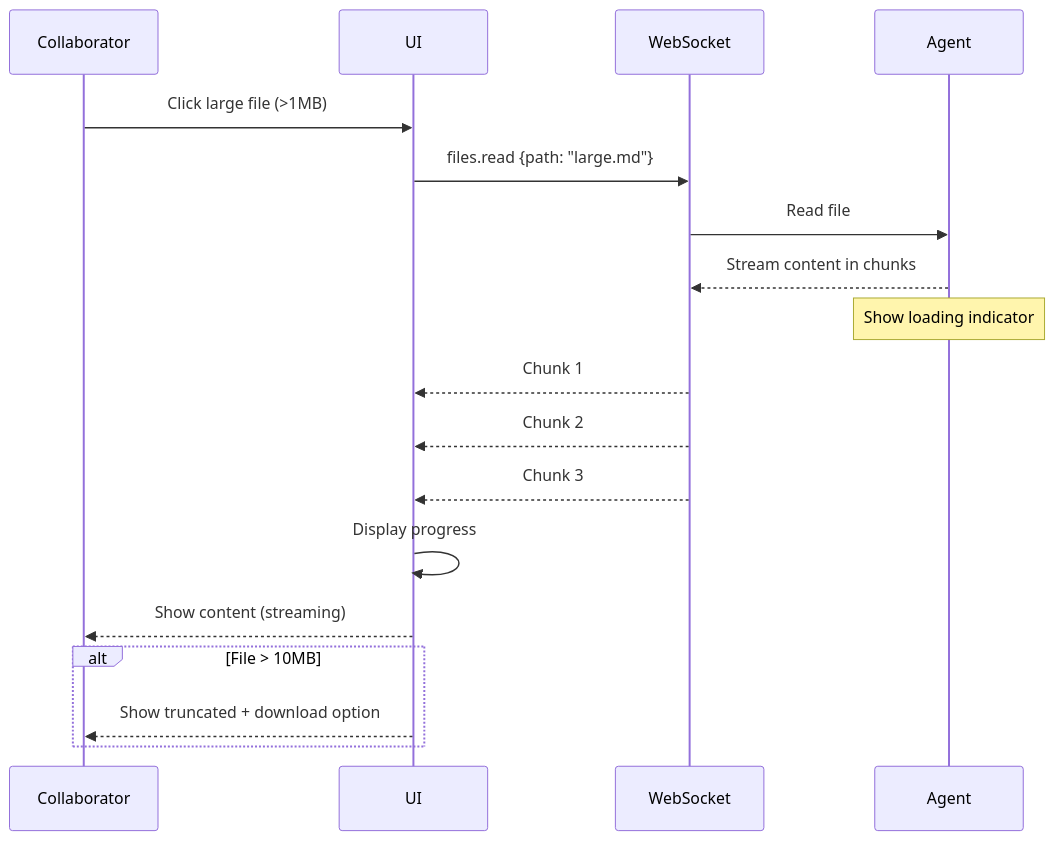
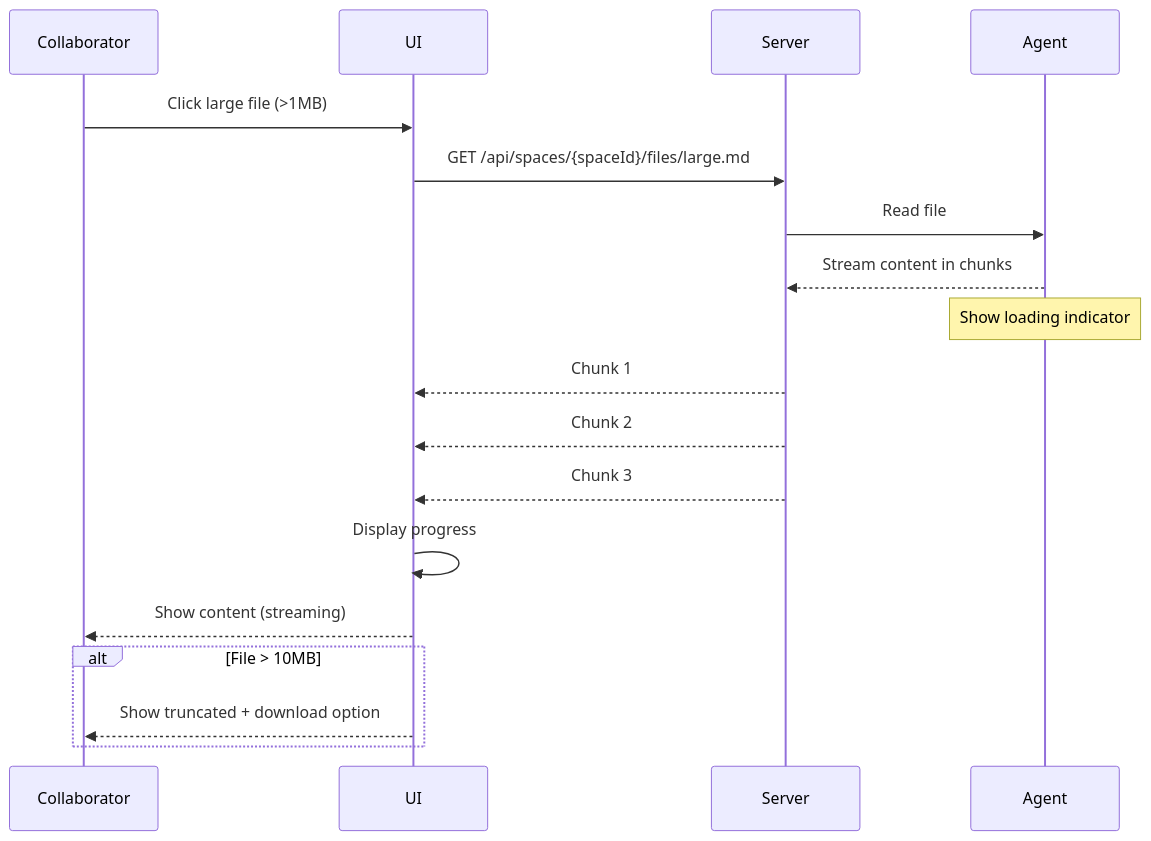
One commit to jchadwick/ai-spaces changed the fifth of 7 diagrams in docs/flows/04-browse-files.md. Above: the diagram before and after it, drawn with Mermaid. The commit also changed other lines of this file and 33 other files, not shown here.

````diff
--- a/docs/flows/04-browse-files.md
+++ b/docs/flows/04-browse-files.md
@@ -108,22 +111,22 @@
 ```mermaid
 sequenceDiagram
     participant Collaborator
     participant UI
-    participant WebSocket
+    participant Server
     participant Agent
     
     Collaborator->>UI: Click large file (>1MB)
-    UI->>WebSocket: files.read {path: "large.md"}
-    WebSocket->>Agent: Read file
-    Agent-->>WebSocket: Stream content in chunks
+    UI->>Server: GET /api/spaces/{spaceId}/files/large.md
+    Server->>Agent: Read file
+    Agent-->>Server: Stream content in chunks
     Note over Agent: Show loading indicator
-    WebSocket-->>UI: Chunk 1
-    WebSocket-->>UI: Chunk 2
-    WebSocket-->>UI: Chunk 3
+    Server-->>UI: Chunk 1
+    Server-->>UI: Chunk 2
+    Server-->>UI: Chunk 3
     UI->>UI: Display progress
     UI-->>Collaborator: Show content (streaming)
     
     alt File > 10MB
         UI-->>Collaborator: Show truncated + download option
     end
 ```
````
